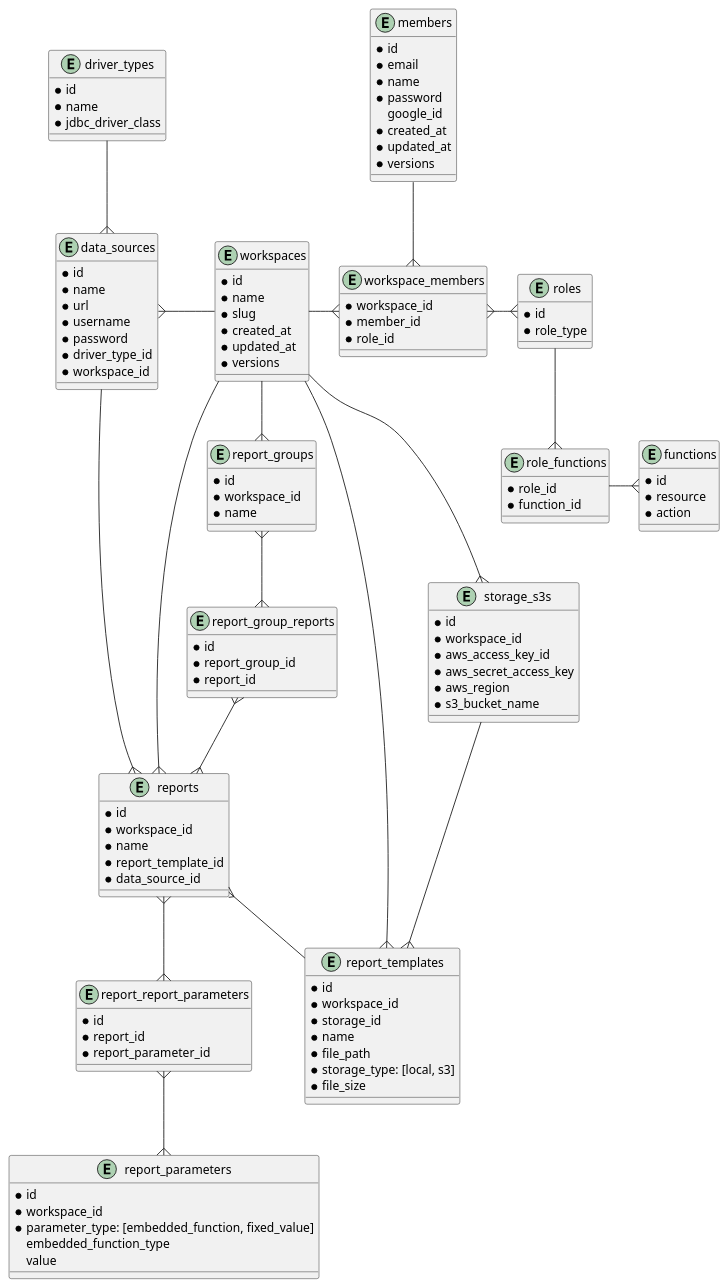
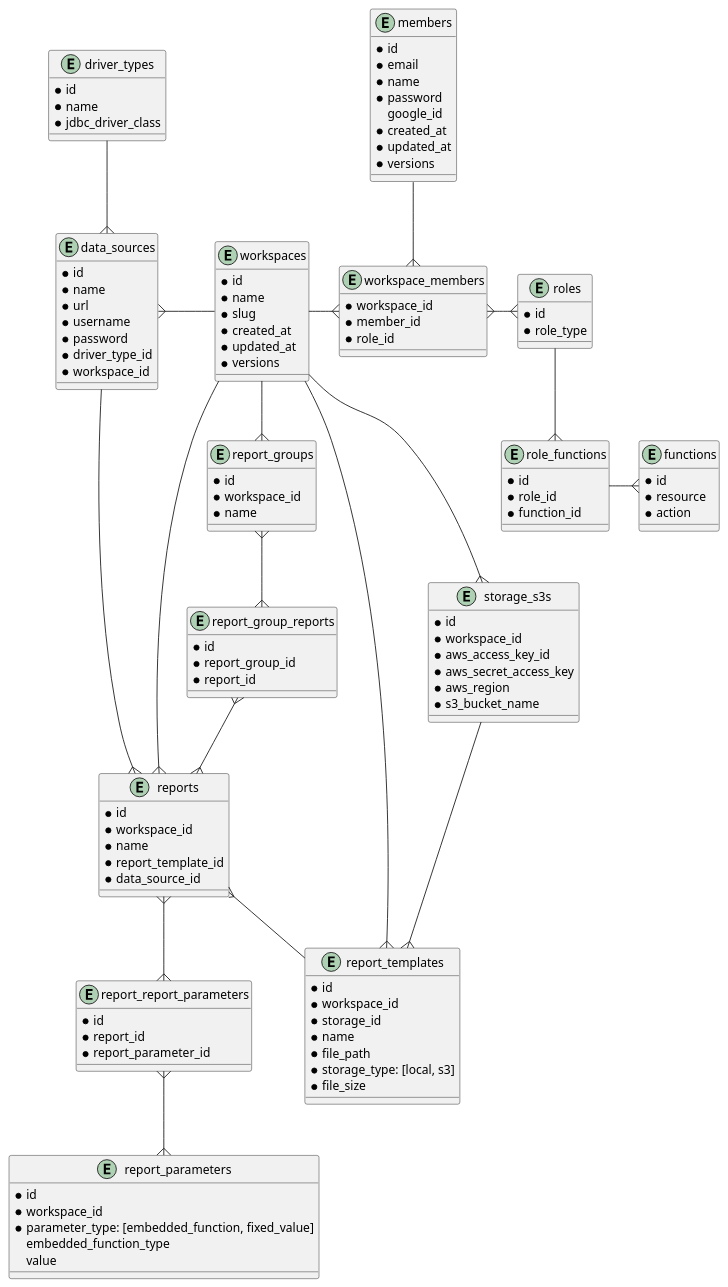
One commit to ijufumi/openreports-api changed the diagram in docs/db/diagram.puml. Above: the diagram before and after it, drawn with PlantUML.

```diff
--- a/docs/db/diagram.puml
+++ b/docs/db/diagram.puml
@@ -1,133 +1,134 @@
 @startuml
 
 entity members {
   * id
   * email
   * name
   * password
     google_id
   * created_at
   * updated_at
   * versions
 }
 
 entity workspaces {
   * id
   * name
   * slug
   * created_at
   * updated_at
   * versions
 }
 
 entity workspace_members {
   * workspace_id
   * member_id
   * role_id
 }
 
 entity roles {
   * id
   * role_type
 }
 
 entity functions {
   * id
   * resource
   * action
 }
 
 entity role_functions {
+  * id
   * role_id
   * function_id
 }
 
 entity data_sources {
   * id
   * name
   * url
   * username
   * password
   * driver_type_id
   * workspace_id
 }
 
 entity driver_types {
   * id
   * name
   * jdbc_driver_class
 }
 
 entity reports {
   * id
   * workspace_id
   * name
   * report_template_id
   * data_source_id
 }
 
 entity report_templates {
   * id
   * workspace_id
   * storage_id
   * name
   * file_path
   * storage_type: [local, s3]
   * file_size
 }
 
 entity report_parameters {
   * id
   * workspace_id
   * parameter_type: [embedded_function, fixed_value]
     embedded_function_type
     value
 }
 
 entity report_report_parameters {
   * id
   * report_id
   * report_parameter_id
 }
 
 entity report_groups {
   * id
   * workspace_id
   * name
 }
 
 entity report_group_reports {
   * id
   * report_group_id
   * report_id
 }
 
 entity storage_s3s {
   * id
   * workspace_id
   * aws_access_key_id
   * aws_secret_access_key
   * aws_region
   * s3_bucket_name
 }
 
 workspaces --r{ workspace_members
 workspace_members }--u members
 workspace_members }--r{ roles
 roles --{ role_functions
 role_functions --r{ functions
 workspaces --l{ data_sources
 workspaces --{ reports
 workspaces --{ report_templates
 workspaces --{ report_groups
 reports }-- report_templates
 report_groups }--{ report_group_reports
 report_group_reports }--{ reports
 reports }--{ report_report_parameters
 report_report_parameters }--{ report_parameters
 driver_types --{ data_sources
 data_sources --{ reports
 workspaces --r{ storage_s3s
 storage_s3s --{ report_templates
 
 @enduml
```
